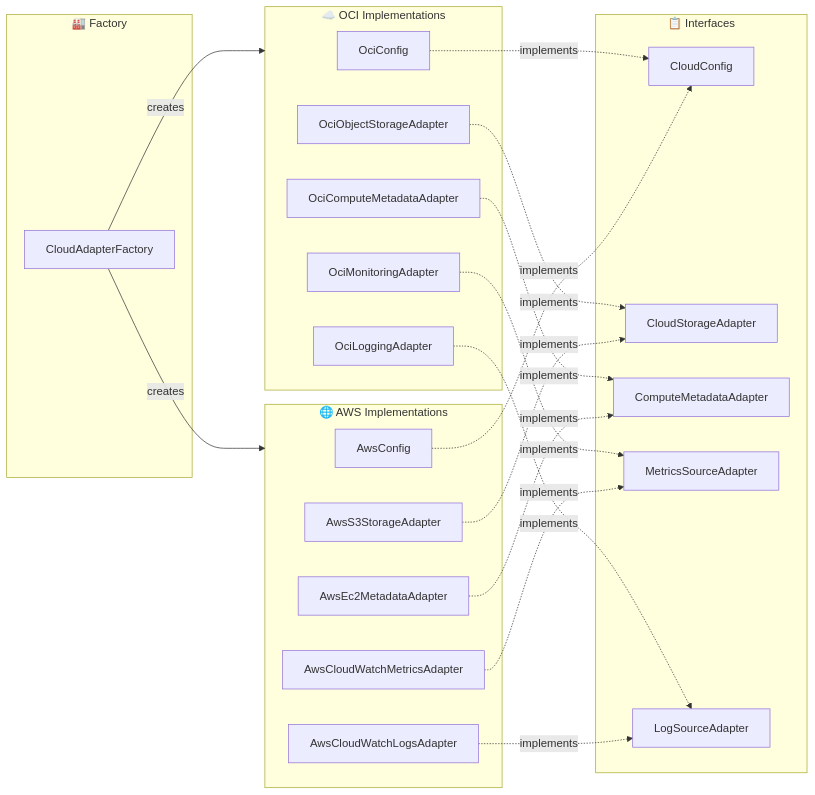
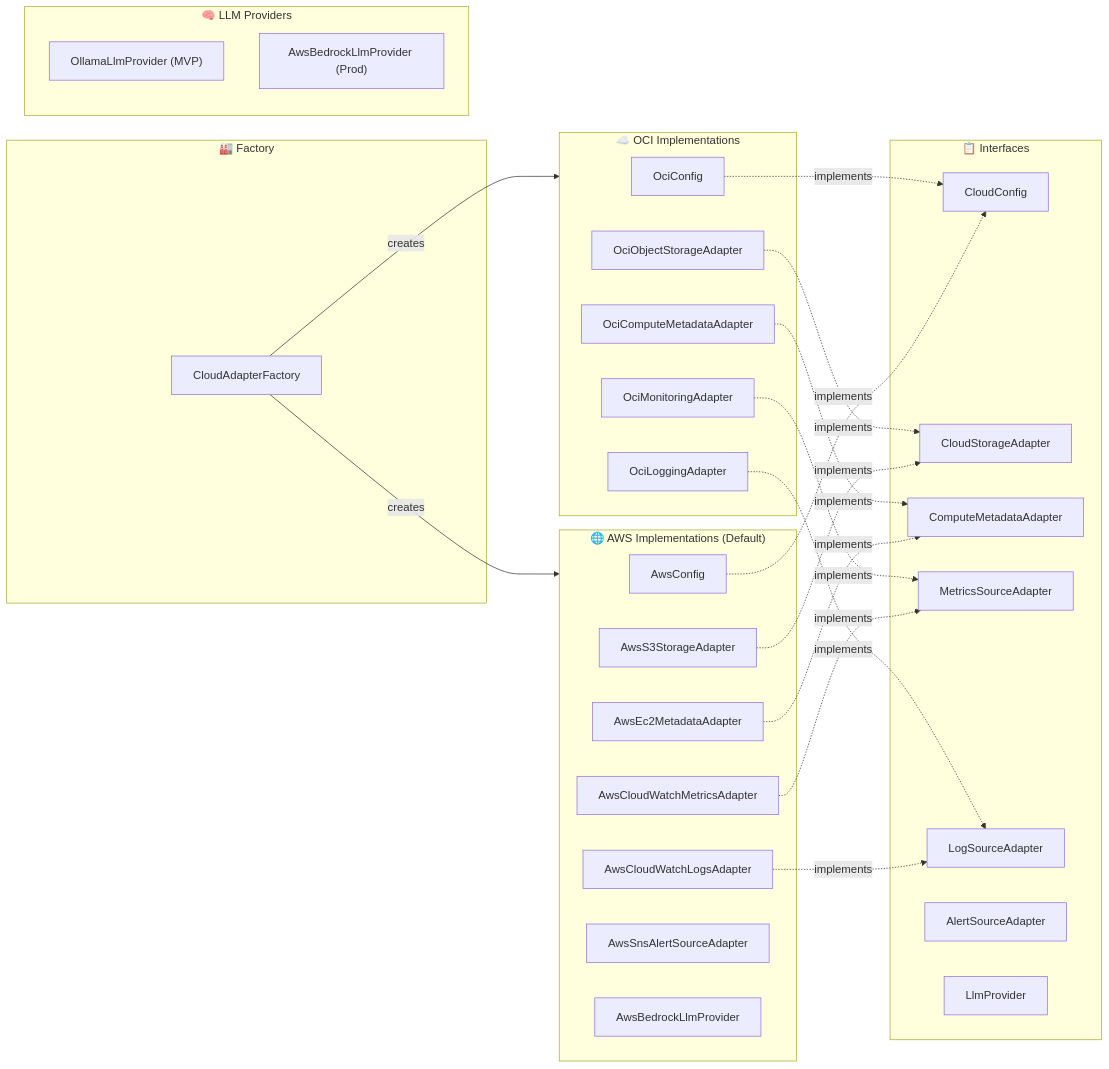
Before and after one commit to bwendell/Runbook-Synthesizer: the second of 2 diagrams in docs/ARCHITECTURE.md, drawn with Mermaid. The commit also changed other lines of this file and 12 other files, not shown here.

````diff
--- a/docs/ARCHITECTURE.md
+++ b/docs/ARCHITECTURE.md
@@ -61,45 +63,54 @@
 ```mermaid
 flowchart LR
     subgraph Factory["🏭 Factory"]
         CloudAdapterFactory
     end
 
     subgraph Interfaces["📋 Interfaces"]
         CloudConfig
         CloudStorageAdapter
         ComputeMetadataAdapter
         MetricsSourceAdapter
         LogSourceAdapter
+        AlertSourceAdapter
+        LlmProvider
     end
 
     subgraph OCI["☁️ OCI Implementations"]
         OciConfig
         OciObjectStorageAdapter
         OciComputeMetadataAdapter
         OciMonitoringAdapter
         OciLoggingAdapter
     end
 
-    subgraph AWS["🌐 AWS Implementations"]
+    subgraph AWS["🌐 AWS Implementations (Default)"]
         AwsConfig
         AwsS3StorageAdapter
         AwsEc2MetadataAdapter
         AwsCloudWatchMetricsAdapter
         AwsCloudWatchLogsAdapter
+        AwsSnsAlertSourceAdapter
+        AwsBedrockLlmProvider
+    end
+
+    subgraph LLM["🧠 LLM Providers"]
+        OllamaLlmProvider["OllamaLlmProvider (MVP)"]
+        AwsBedrockLlmProvider2["AwsBedrockLlmProvider (Prod)"]
     end
 
     CloudAdapterFactory -->|creates| OCI
     CloudAdapterFactory -->|creates| AWS
 
     OciConfig -.->|implements| CloudConfig
     OciObjectStorageAdapter -.->|implements| CloudStorageAdapter
     OciComputeMetadataAdapter -.->|implements| ComputeMetadataAdapter
     OciMonitoringAdapter -.->|implements| MetricsSourceAdapter
     OciLoggingAdapter -.->|implements| LogSourceAdapter
 
     AwsConfig -.->|implements| CloudConfig
     AwsS3StorageAdapter -.->|implements| CloudStorageAdapter
     AwsEc2MetadataAdapter -.->|implements| ComputeMetadataAdapter
     AwsCloudWatchMetricsAdapter -.->|implements| MetricsSourceAdapter
     AwsCloudWatchLogsAdapter -.->|implements| LogSourceAdapter
 ```
````
